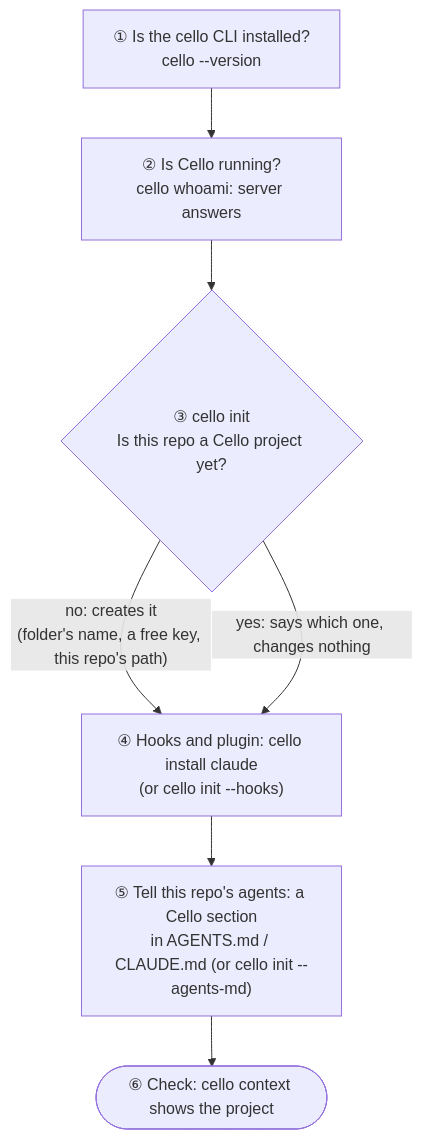
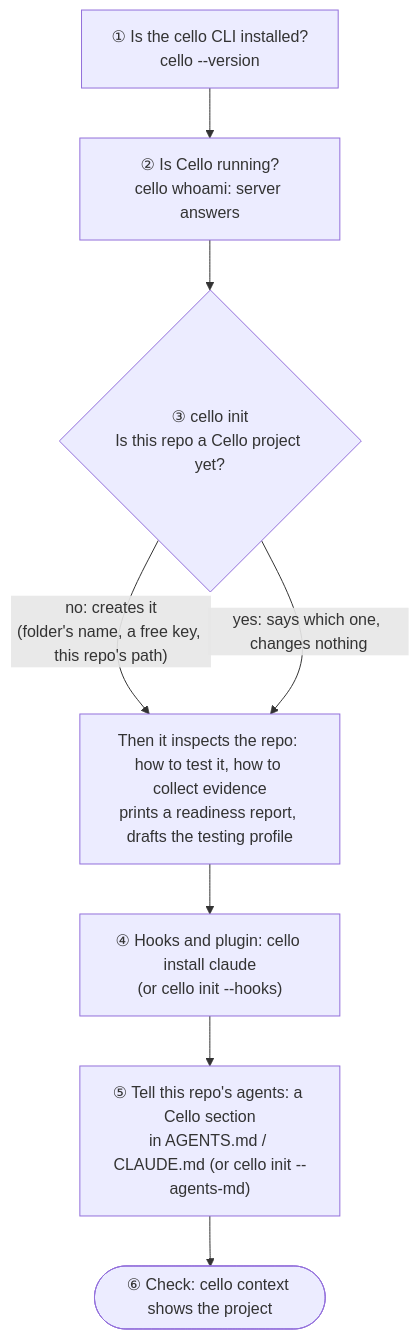
One commit to lnmunhoz/cello changed the first of 2 diagrams in docs/cli.md. Above: the diagram before and after it, drawn with Mermaid. The commit also changed other lines of this file and 20 other files, not shown here.

First line of the commit message:
feat(cli): cello init inspects the repo; cello profile reads and fixes the testing profile (CEL-89)

````diff
--- a/docs/cli.md
+++ b/docs/cli.md
@@ -11,9 +11,10 @@
 ```mermaid
 flowchart TD
     A["① Is the cello CLI installed?<br/>cello --version"] --> B["② Is Cello running?<br/>cello whoami: server answers"]
     B --> C{"③ cello init<br/>Is this repo a Cello project yet?"}
-    C -->|"no: creates it<br/>(folder's name, a free key, this repo's path)"| E
-    C -->|"yes: says which one, changes nothing"| E
+    C -->|"no: creates it<br/>(folder's name, a free key, this repo's path)"| D
+    C -->|"yes: says which one, changes nothing"| D
+    D["Then it inspects the repo: how to test it, how to collect evidence<br/>prints a readiness report, drafts the testing profile"] --> E
     E["④ Hooks and plugin: cello install claude<br/>(or cello init --hooks)"] --> F["⑤ Tell this repo's agents: a Cello section<br/>in AGENTS.md / CLAUDE.md (or cello init --agents-md)"]
     F --> G(["⑥ Check: cello context shows the project"])
 ```
````
